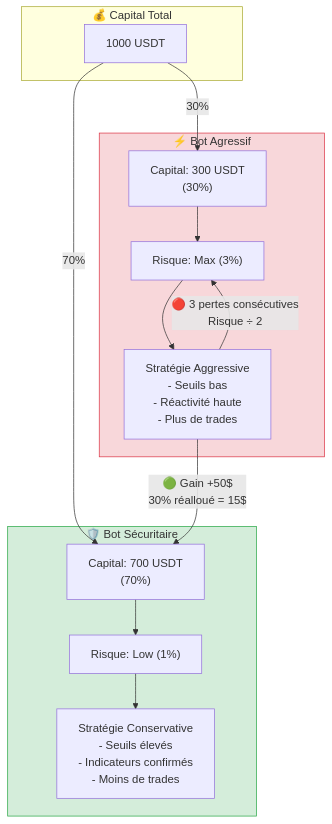
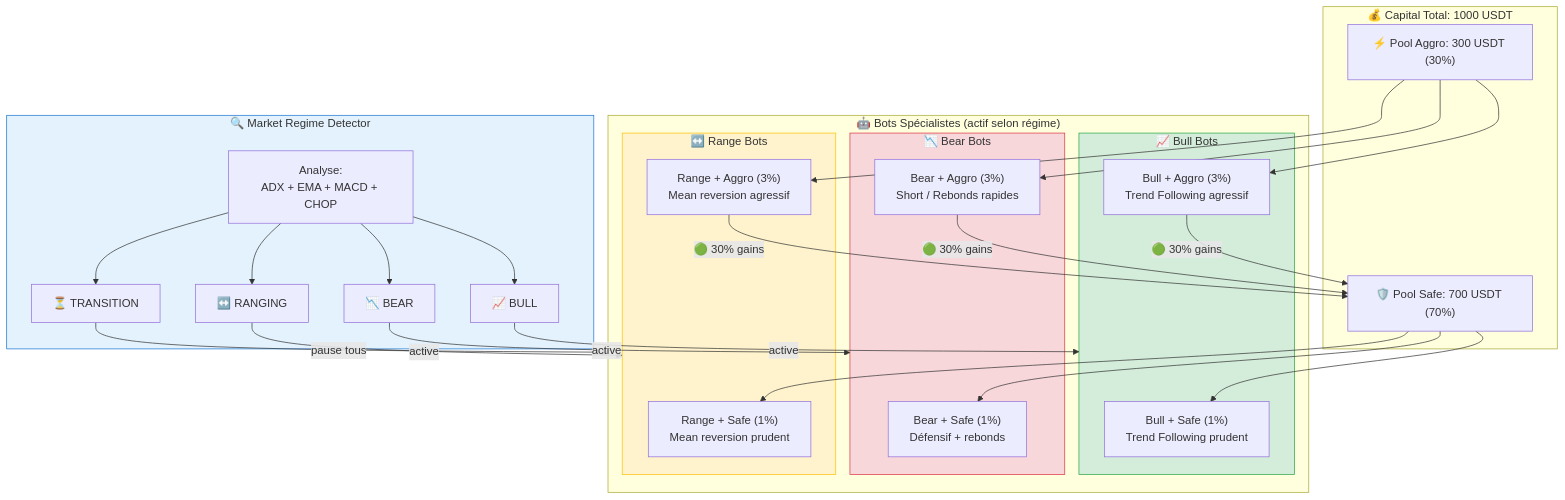
The third of 12 diagrams in docs/DIAGRAMS.md (tonysla37/my_trading_bot), drawn with Mermaid before and after one commit. The commit also changed other lines of this file and 3 other files, not shown here.

First line of the commit message:
docs: add market-condition specialist bots (bull, bear, range)

````diff
--- a/docs/DIAGRAMS.md
+++ b/docs/DIAGRAMS.md
@@ -112,30 +115,56 @@
 ```mermaid
 flowchart TB
-    subgraph Capital["💰 Capital Total"]
-        TC["1000 USDT"]
+    subgraph Capital["💰 Capital Total: 1000 USDT"]
+        SAFE_POOL["🛡️ Pool Safe: 700 USDT (70%)"]
+        AGGRO_POOL["⚡ Pool Aggro: 300 USDT (30%)"]
     end
 
-    subgraph SafeBot["🛡️ Bot Sécuritaire"]
-        SB_CAP["Capital: 700 USDT<br/>(70%)"]
-        SB_RISK["Risque: Low (1%)"]
-        SB_STRAT["Stratégie Conservative<br/>- Seuils élevés<br/>- Indicateurs confirmés<br/>- Moins de trades"]
+    subgraph Detection["🔍 Market Regime Detector"]
+        MRD["Analyse:<br/>ADX + EMA + MACD + CHOP"]
+        BULL_D["📈 BULL"]
+        BEAR_D["📉 BEAR"]
+        RANGE_D["↔️ RANGING"]
+        TRANS_D["⏳ TRANSITION"]
     end
 
-    subgraph AggroBot["⚡ Bot Agressif"]
-        AB_CAP["Capital: 300 USDT<br/>(30%)"]
-        AB_RISK["Risque: Max (3%)"]
-        AB_STRAT["Stratégie Aggressive<br/>- Seuils bas<br/>- Réactivité haute<br/>- Plus de trades"]
+    subgraph Specialists["🤖 Bots Spécialistes (actif selon régime)"]
+        subgraph BullBots["📈 Bull Bots"]
+            BULL_SAFE["Bull + Safe (1%)<br/>Trend Following prudent"]
+            BULL_AGGRO["Bull + Aggro (3%)<br/>Trend Following agressif"]
+        end
+        subgraph BearBots["📉 Bear Bots"]
+            BEAR_SAFE["Bear + Safe (1%)<br/>Défensif + rebonds"]
+            BEAR_AGGRO["Bear + Aggro (3%)<br/>Short / Rebonds rapides"]
+        end
+        subgraph RangeBots["↔️ Range Bots"]
+            RANGE_SAFE["Range + Safe (1%)<br/>Mean reversion prudent"]
+            RANGE_AGGRO["Range + Aggro (3%)<br/>Mean reversion agressif"]
+        end
     end
 
-    TC -->|70%| SB_CAP
-    TC -->|30%| AB_CAP
+    MRD --> BULL_D
+    MRD --> BEAR_D
+    MRD --> RANGE_D
+    MRD --> TRANS_D
 
-    SB_CAP --> SB_RISK --> SB_STRAT
-    AB_CAP --> AB_RISK --> AB_STRAT
+    BULL_D -->|"active"| BullBots
+    BEAR_D -->|"active"| BearBots
+    RANGE_D -->|"active"| RangeBots
+    TRANS_D -->|"pause tous"| Specialists
 
-    AB_STRAT -->|"🟢 Gain +50$<br/>30% réalloué = 15$"| SB_CAP
-    AB_STRAT -->|"🔴 3 pertes consécutives<br/>Risque ÷ 2"| AB_RISK
+    SAFE_POOL --> BULL_SAFE
+    SAFE_POOL --> BEAR_SAFE
+    SAFE_POOL --> RANGE_SAFE
+    AGGRO_POOL --> BULL_AGGRO
+    AGGRO_POOL --> BEAR_AGGRO
+    AGGRO_POOL --> RANGE_AGGRO
 
-    style SafeBot fill:#d4edda,stroke:#28a745
-    style AggroBot fill:#f8d7da,stroke:#dc3545
+    BULL_AGGRO -->|"🟢 30% gains"| SAFE_POOL
+    BEAR_AGGRO -->|"🟢 30% gains"| SAFE_POOL
+    RANGE_AGGRO -->|"🟢 30% gains"| SAFE_POOL
+
+    style BullBots fill:#d4edda,stroke:#28a745
+    style BearBots fill:#f8d7da,stroke:#dc3545
+    style RangeBots fill:#fff3cd,stroke:#ffc107
+    style Detection fill:#e3f2fd,stroke:#1976d2
 ```
````
